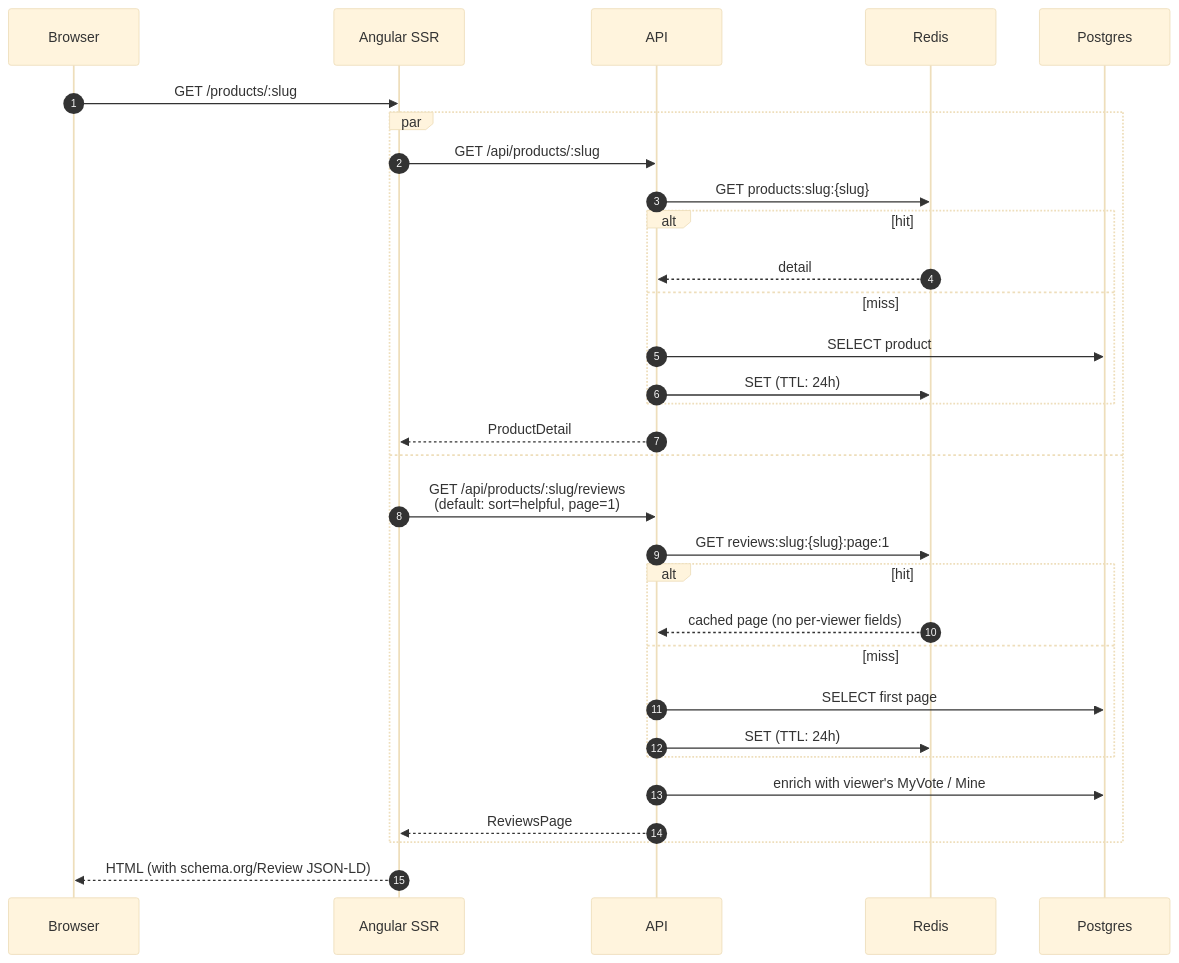
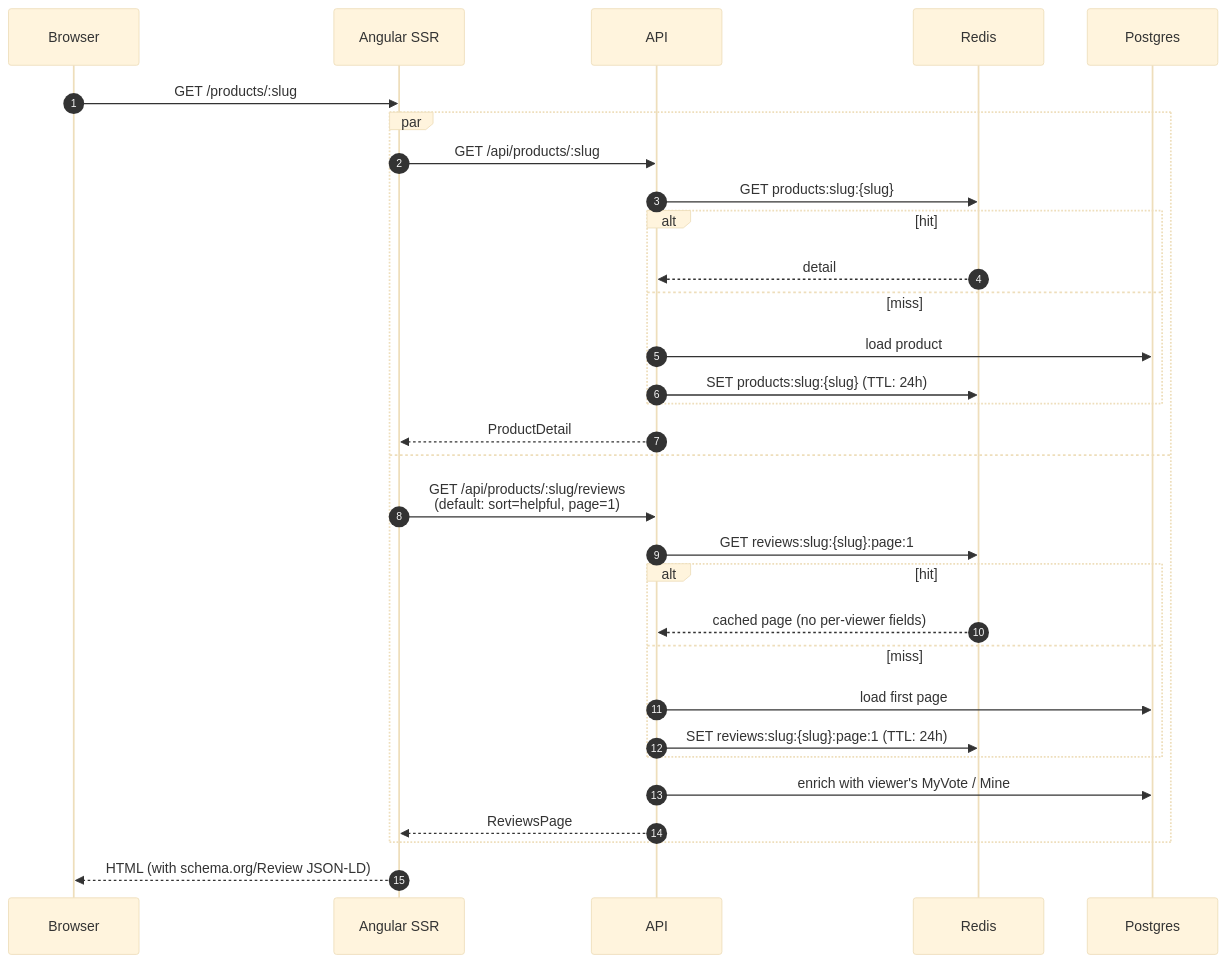
Before and after one commit to KaliCZ/reviews: the fourth of 12 diagrams in docs/flows.md, drawn with Mermaid (base theme). The commit also changed other lines of this file and 13 other files, not shown here.

````diff
--- a/docs/flows.md
+++ b/docs/flows.md
@@ -112,34 +111,34 @@
 ```mermaid
 sequenceDiagram
     autonumber
     participant B as Browser
     participant S as Angular SSR
     participant A as API
     participant R as Redis
     participant P as Postgres
 
     B->>S: GET /products/:slug
     par
         S->>A: GET /api/products/:slug
         A->>R: GET products:slug:{slug}
         alt hit
             R-->>A: detail
         else miss
-            A->>P: SELECT product
-            A->>R: SET (TTL: 24h)
+            A->>P: load product
+            A->>R: SET products:slug:{slug} (TTL: 24h)
         end
         A-->>S: ProductDetail
     and
         S->>A: GET /api/products/:slug/reviews<br/>(default: sort=helpful, page=1)
         A->>R: GET reviews:slug:{slug}:page:1
         alt hit
             R-->>A: cached page (no per-viewer fields)
         else miss
-            A->>P: SELECT first page
-            A->>R: SET (TTL: 24h)
+            A->>P: load first page
+            A->>R: SET reviews:slug:{slug}:page:1 (TTL: 24h)
         end
         A->>P: enrich with viewer's MyVote / Mine
         A-->>S: ReviewsPage
     end
     S-->>B: HTML (with schema.org/Review JSON-LD)
 ```
````
